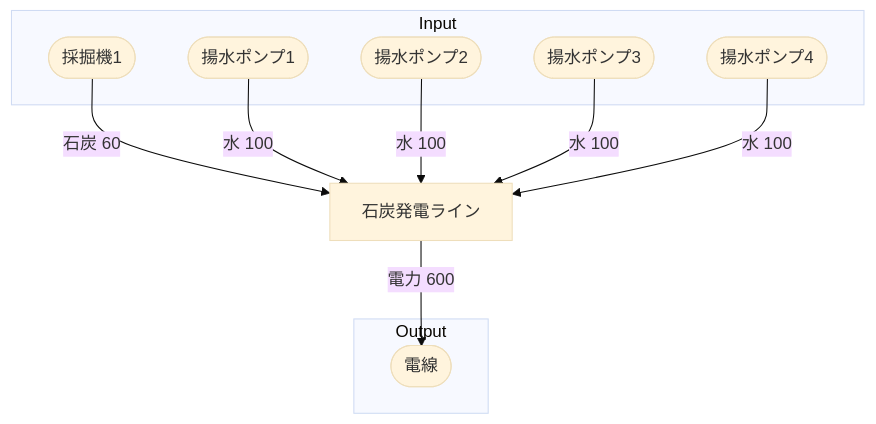
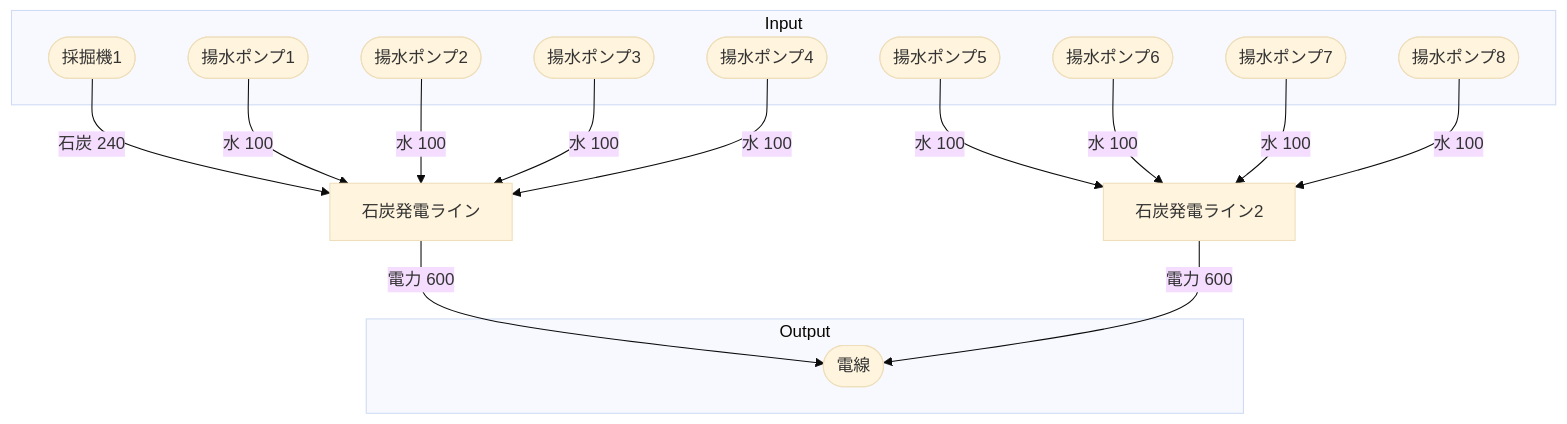
One commit to Suzuran-Amano/SatisfactoryTaskEfficiency changed the diagram in 40_FactoryBuilding/初期一時石炭発電所/30‗全体製造ライン設計書/全体製造ライン設計書.md. Above: the diagram before and after it, drawn with Mermaid (base theme). The commit also changed other lines of this file and 3 other files, not shown here.

````diff
--- a/40_FactoryBuilding/初期一時石炭発電所/30‗全体製造ライン設計書/全体製造ライン設計書.md
+++ b/40_FactoryBuilding/初期一時石炭発電所/30‗全体製造ライン設計書/全体製造ライン設計書.md
@@ -18,28 +18,38 @@
 ```mermaid
 flowchart TD
 
 subgraph Input
     採掘機1([採掘機1])
     揚水ポンプ1([揚水ポンプ1])
     揚水ポンプ2([揚水ポンプ2])
     揚水ポンプ3([揚水ポンプ3])
     揚水ポンプ4([揚水ポンプ4])
+    揚水ポンプ5([揚水ポンプ5])
+    揚水ポンプ6([揚水ポンプ6])
+    揚水ポンプ7([揚水ポンプ7])
+    揚水ポンプ8([揚水ポンプ8])
 end
 
 石炭発電ライン[石炭発電ライン]
+石炭発電ライン2[石炭発電ライン2]
 
 subgraph Output
     電線([電線])
 end
 
 
-採掘機1-->|石炭 60|石炭発電ライン
+採掘機1-->|石炭 240|石炭発電ライン
 揚水ポンプ1-->|水 100|石炭発電ライン
 揚水ポンプ2-->|水 100|石炭発電ライン
 揚水ポンプ3-->|水 100|石炭発電ライン
 揚水ポンプ4-->|水 100|石炭発電ライン
+揚水ポンプ5-->|水 100|石炭発電ライン2
+揚水ポンプ6-->|水 100|石炭発電ライン2
+揚水ポンプ7-->|水 100|石炭発電ライン2
+揚水ポンプ8-->|水 100|石炭発電ライン2
 
 石炭発電ライン-->|電力 600|電線
+石炭発電ライン2-->|電力 600|電線
 
 
 ```
````
